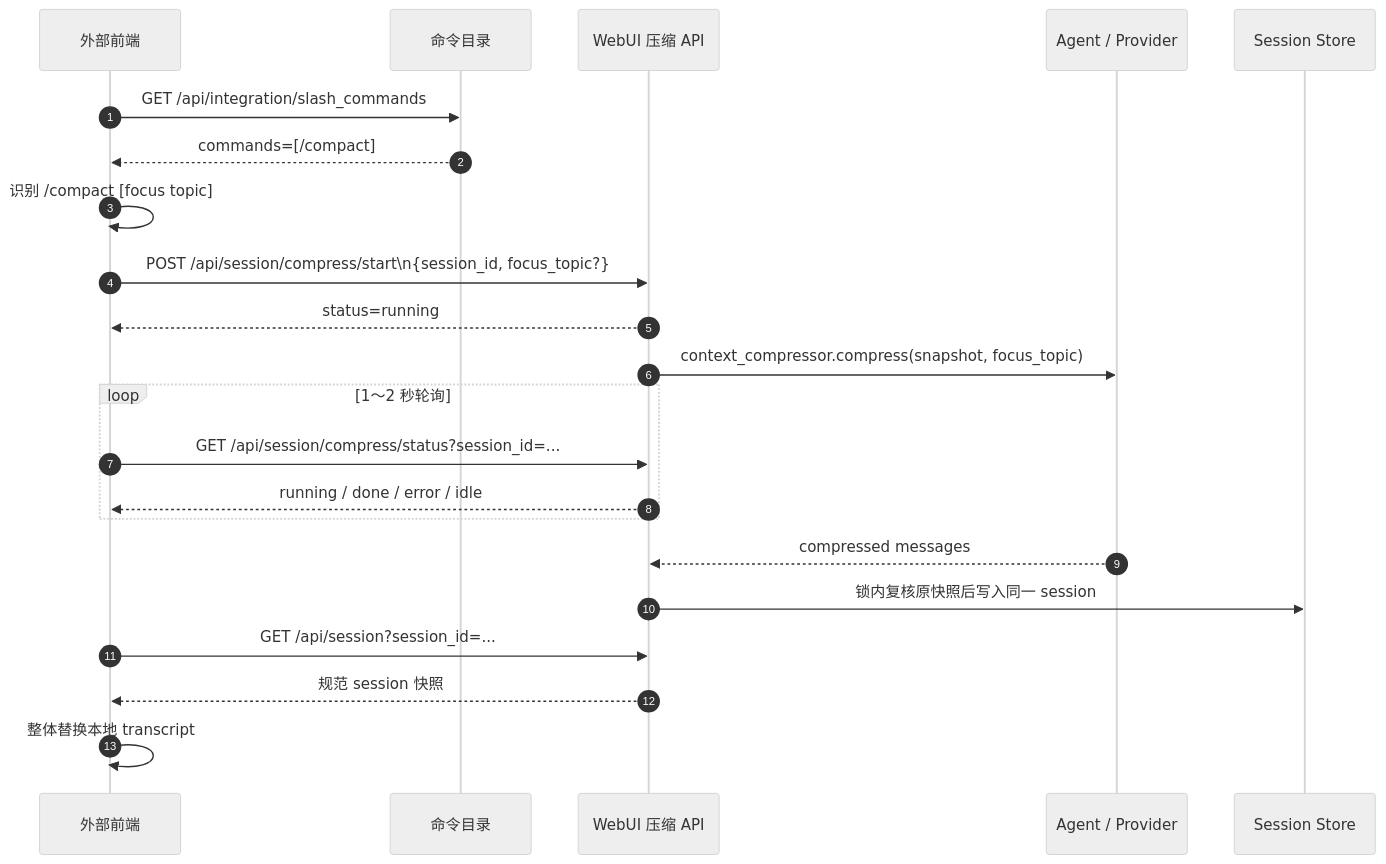
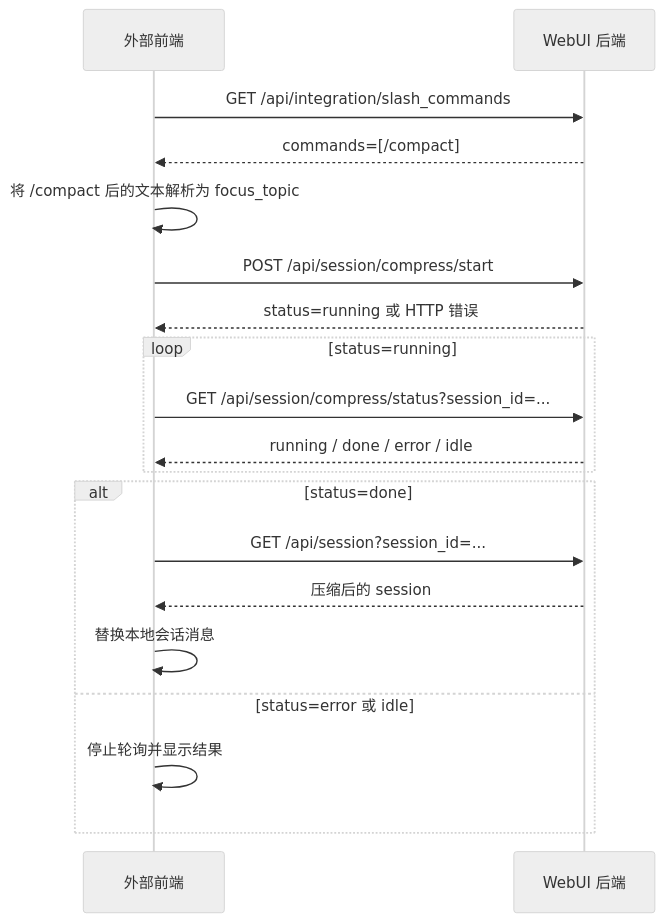
One commit to Jerryyyy0/hermes-webui changed the diagram in docs/api/external-slash-commands-v1.md. Above: the diagram before and after it, drawn with Mermaid (neutral theme). The commit also changed other lines of this file and 9 other files, not shown here.

````diff
--- a/docs/api/external-slash-commands-v1.md
+++ b/docs/api/external-slash-commands-v1.md
@@ -187,25 +23,22 @@
 ```mermaid
 sequenceDiagram
-  autonumber
   participant FE as 外部前端
-  participant C as 命令目录
-  participant API as WebUI 压缩 API
-  participant A as Agent / Provider
-  participant S as Session Store
+  participant API as WebUI 后端
 
-  FE->>C: GET /api/integration/slash_commands
-  C-->>FE: commands=[/compact]
-  FE->>FE: 识别 /compact [focus topic]
-  FE->>API: POST /api/session/compress/start\n{session_id, focus_topic?}
-  API-->>FE: status=running
-  API->>A: context_compressor.compress(snapshot, focus_topic)
-  loop 1～2 秒轮询
+  FE->>API: GET /api/integration/slash_commands
+  API-->>FE: commands=[/compact]
+  FE->>FE: 将 /compact 后的文本解析为 focus_topic
+  FE->>API: POST /api/session/compress/start
+  API-->>FE: status=running 或 HTTP 错误
+  loop status=running
     FE->>API: GET /api/session/compress/status?session_id=...
     API-->>FE: running / done / error / idle
   end
-  A-->>API: compressed messages
-  API->>S: 锁内复核原快照后写入同一 session
-  FE->>API: GET /api/session?session_id=...
-  API-->>FE: 规范 session 快照
-  FE->>FE: 整体替换本地 transcript
+  alt status=done
+    FE->>API: GET /api/session?session_id=...
+    API-->>FE: 压缩后的 session
+    FE->>FE: 替换本地会话消息
+  else status=error 或 idle
+    FE->>FE: 停止轮询并显示结果
+  end
 ```
````
